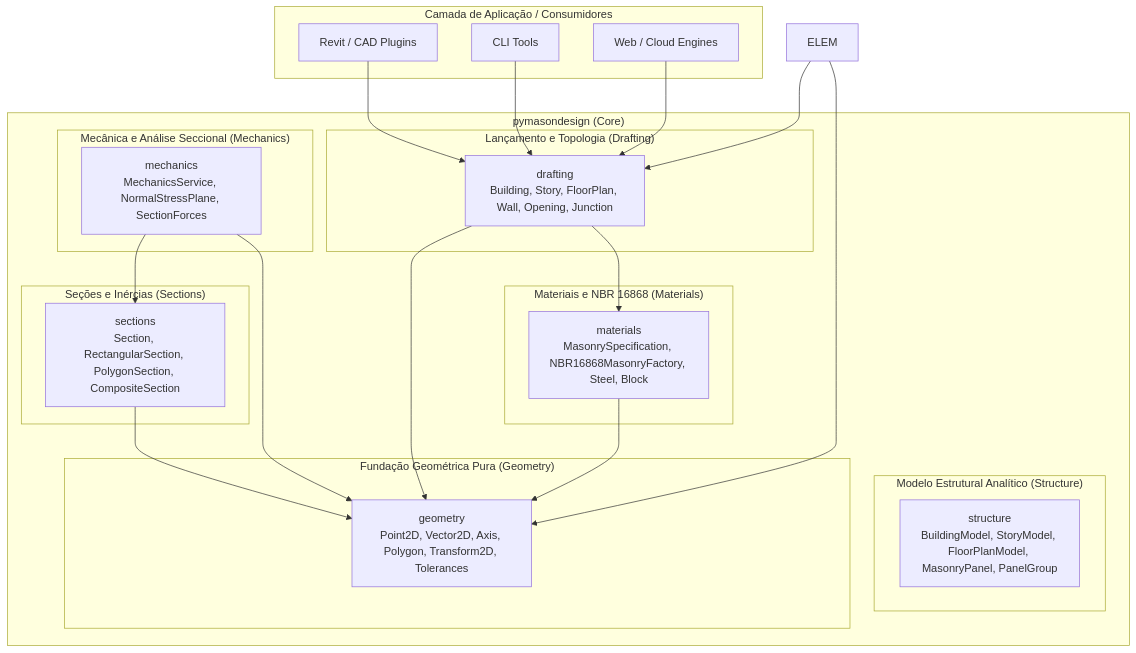
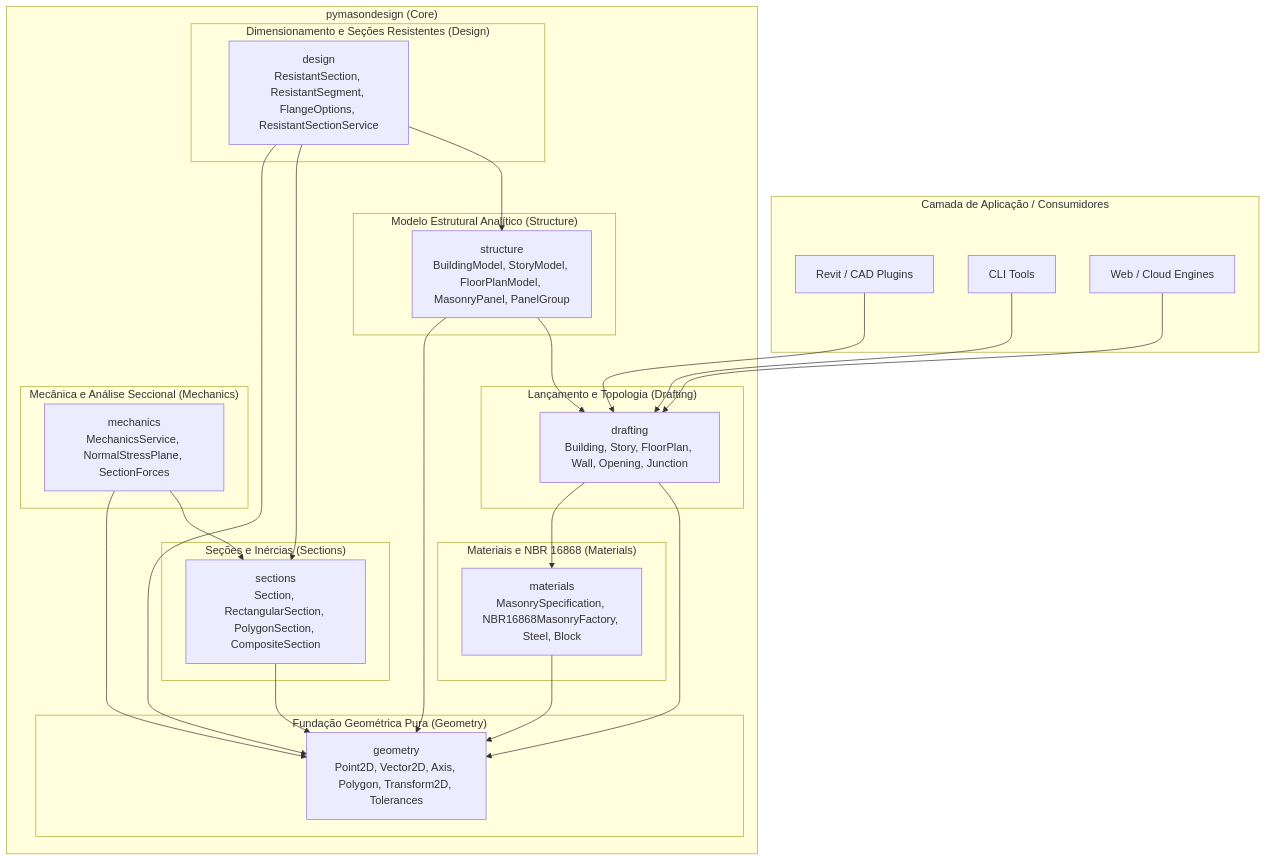
The first of 2 diagrams in ARCHITECTURE.md (BrunoFurlam/pymasondesign), drawn with Mermaid before and after one commit. The commit also changed other lines of this file and 13 other files, not shown here.

Commit message:
feat(design): implement resistant section and effective flange service (NBR 16868)

````diff
--- a/ARCHITECTURE.md
+++ b/ARCHITECTURE.md
@@ -11,46 +11,53 @@
 ```mermaid
 graph TD
     subgraph "Camada de Aplicação / Consumidores"
         A[Revit / CAD Plugins]
         B[CLI Tools]
         C[Web / Cloud Engines]
     end
 
     subgraph "pymasondesign (Core)"
+        subgraph "Dimensionamento e Seções Resistentes (Design)"
+            DESIGN[design<br/>ResistantSection, ResistantSegment, FlangeOptions, ResistantSectionService]
+        end
+
         subgraph "Modelo Estrutural Analítico (Structure)"
             STRUCT[structure<br/>BuildingModel, StoryModel, FloorPlanModel, MasonryPanel, PanelGroup]
         end
 
         subgraph "Lançamento e Topologia (Drafting)"
             DRAFT[drafting<br/>Building, Story, FloorPlan, Wall, Opening, Junction]
         end
 
         subgraph "Mecânica e Análise Seccional (Mechanics)"
             MECH[mechanics<br/>MechanicsService, NormalStressPlane, SectionForces]
         end
 
         subgraph "Seções e Inércias (Sections)"
             SECT[sections<br/>Section, RectangularSection, PolygonSection, CompositeSection]
         end
 
         subgraph "Materiais e NBR 16868 (Materials)"
             MAT[materials<br/>MasonrySpecification, NBR16868MasonryFactory, Steel, Block]
         end
 
         subgraph "Fundação Geométrica Pura (Geometry)"
             GEOM[geometry<br/>Point2D, Vector2D, Axis, Polygon, Transform2D, Tolerances]
         end
     end
 
     A --> DRAFT
     B --> DRAFT
     C --> DRAFT
     DRAFT --> GEOM
     DRAFT --> MAT
-    ELEM --> DRAFT
-    ELEM --> GEOM
+    STRUCT --> DRAFT
+    STRUCT --> GEOM
+    DESIGN --> STRUCT
+    DESIGN --> SECT
+    DESIGN --> GEOM
     MECH --> SECT
     MECH --> GEOM
     SECT --> GEOM
     MAT --> GEOM
 ```
````
